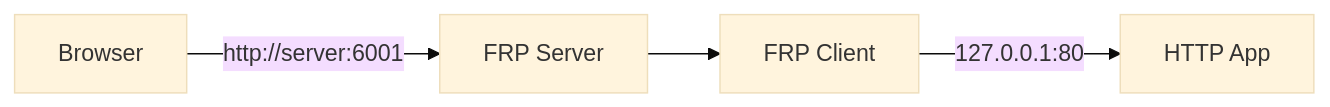
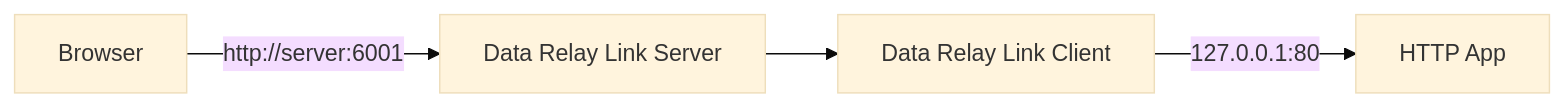
Before and after one commit to datarelay-labs/data-relay-link-docs: the first of 3 diagrams in ko/guides/http-https.mdx, drawn with Mermaid (base theme). The commit also changed other lines of this file and 32 other files, not shown here.

````diff
--- a/ko/guides/http-https.mdx
+++ b/ko/guides/http-https.mdx
@@ -13,6 +13,6 @@
 ```mermaid
 flowchart LR
-    B[Browser] -->|http://server:6001| S[FRP Server]
-    S --> C[FRP Client]
+    B[Browser] -->|http://server:6001| S[Data Relay Link Server]
+    S --> C[Data Relay Link Client]
     C -->|127.0.0.1:80| W[HTTP App]
 ```
````
